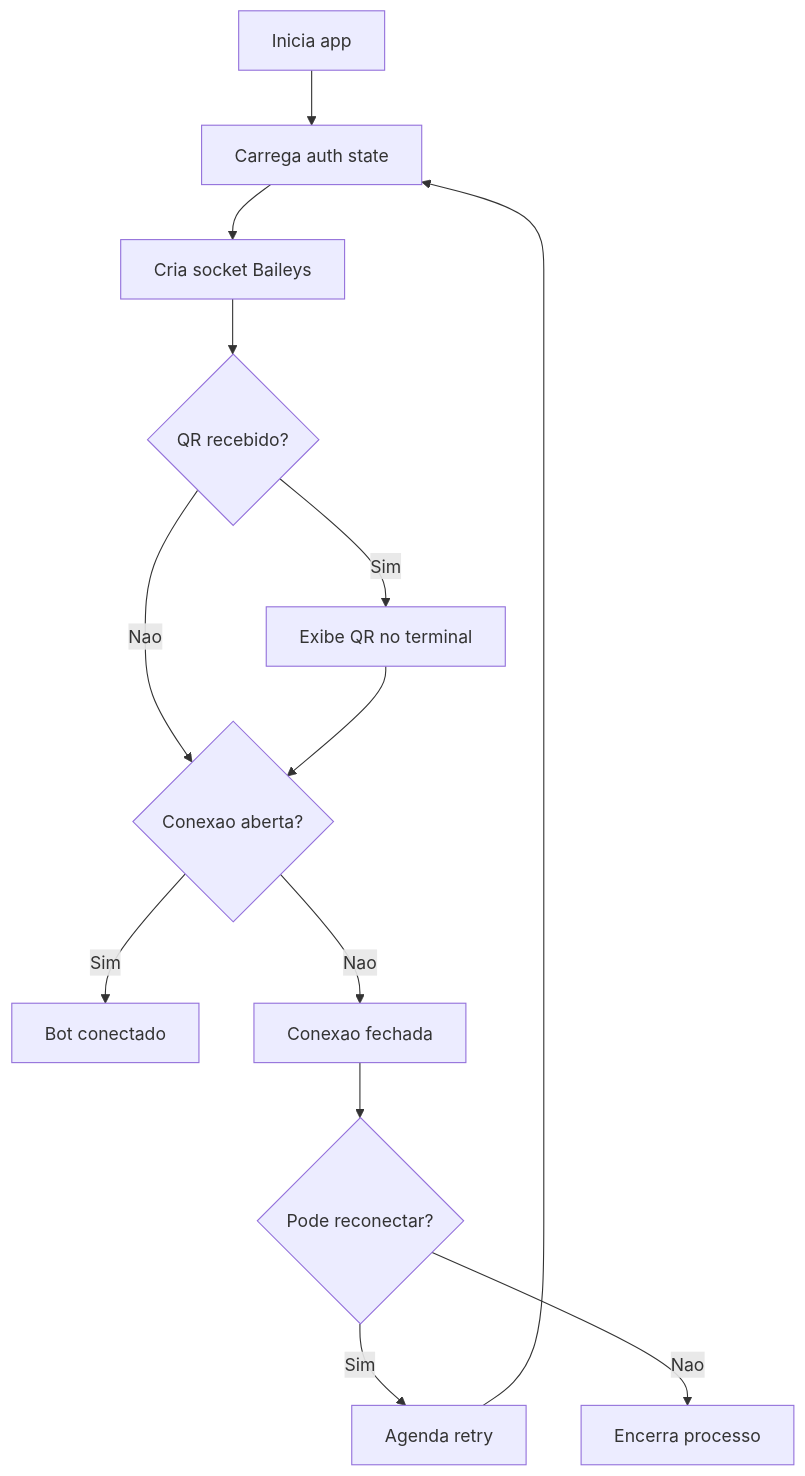
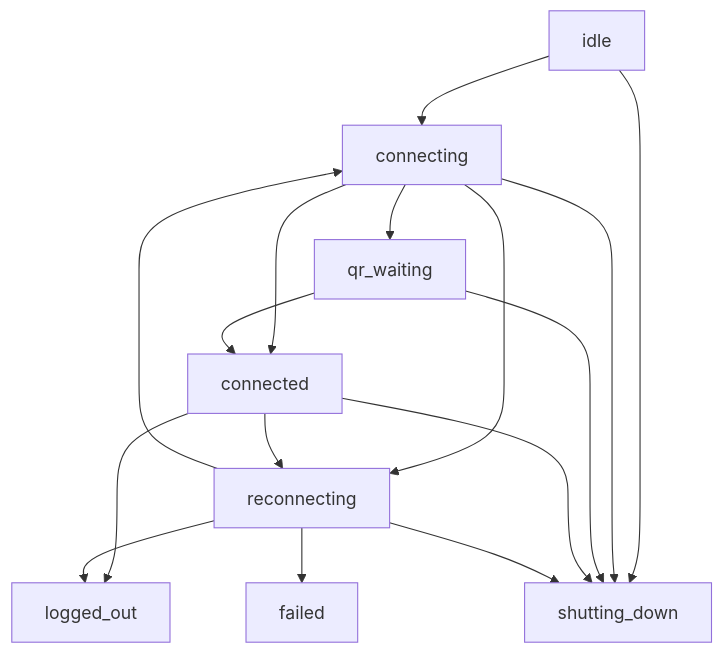
One commit to jeanmattcs/zapbot changed the diagram in README.md. Above: the diagram before and after it, drawn with Mermaid. The commit also changed other lines of this file, not shown here.

Commit message:
docs: update README to reflect architectural changes and project status

````diff
--- a/README.md
+++ b/README.md
@@ -64,15 +64,18 @@
 ```mermaid
 flowchart TD
-    A[Inicia app] --> B[Carrega auth state]
-    B --> C[Cria socket Baileys]
-    C --> D{QR recebido?}
-    D -- Sim --> E[Exibe QR no terminal]
-    D -- Nao --> F{Conexao aberta?}
+    A[idle] --> B[connecting]
+    B --> C[qr_waiting]
+    B --> D[connected]
+    B --> E[reconnecting]
+    C --> D
+    D --> E
+    D --> F[logged_out]
+    E --> B
     E --> F
-    F -- Sim --> G[Bot conectado]
-    F -- Nao --> H[Conexao fechada]
-    H --> I{Pode reconectar?}
-    I -- Sim --> J[Agenda retry]
-    J --> B
-    I -- Nao --> K[Encerra processo]
+    E --> G[failed]
+    A --> H[shutting_down]
+    B --> H
+    C --> H
+    D --> H
+    E --> H
 ```
````
